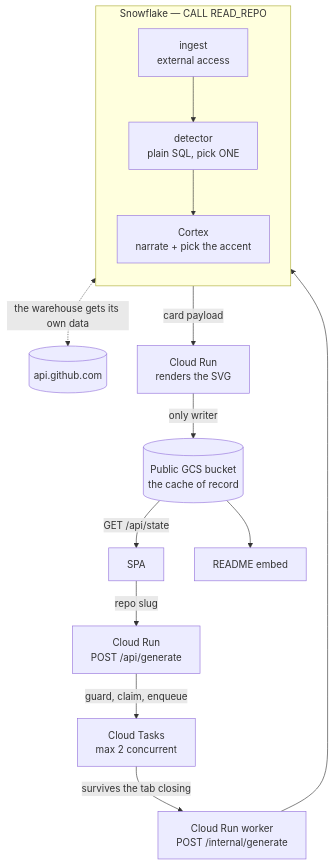
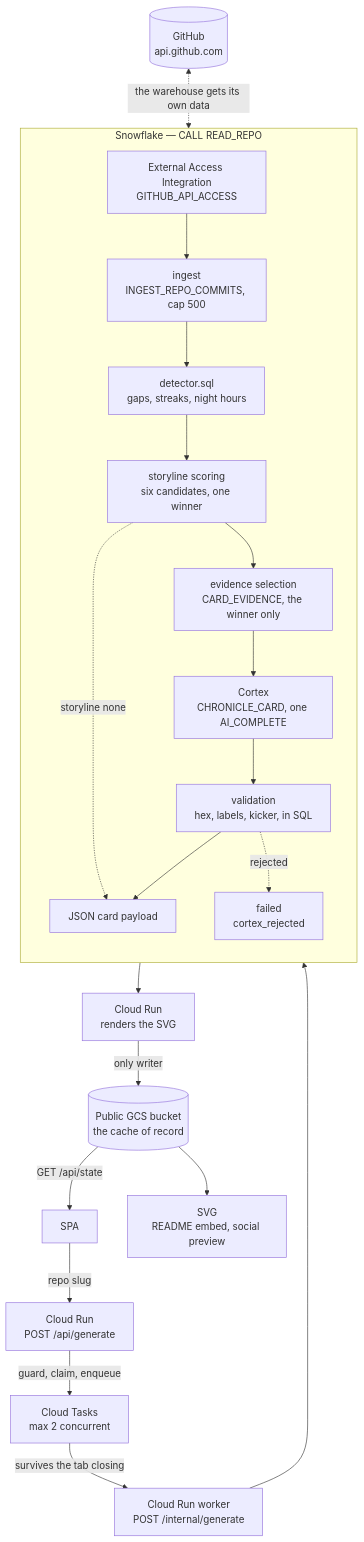
One commit to anchildress1/commit-chronicles changed the first of 3 diagrams in README.md. Above: the diagram before and after it, drawn with Mermaid. The commit also changed other lines of this file, not shown here.

Commit message:
docs(readme): show the whole warehouse pipeline in the architecture diagram
Three boxes hid the part that wins the prize. The chain GitHub -> external
access integration -> ingest -> detector -> scoring -> evidence selection ->
Cortex -> validation -> JSON is now explicit, including the two branches that
skip or reject the model: a 'none' storyline goes straight to the payload
without a Cortex call, and a card whose output fails SQL validation is never
written.

````diff
--- a/README.md
+++ b/README.md
@@ -99,33 +99,42 @@
 ```mermaid
 flowchart TD
     accTitle: Commit Chronicles architecture
-    accDescr: The SPA posts to Cloud Run, which enqueues a Cloud Tasks job. The worker calls one Snowflake procedure that ingests from GitHub, detects a storyline in SQL, and narrates it with Cortex. Cloud Run renders the SVG into a public GCS bucket, which serves the card directly.
+    accDescr: The SPA posts to Cloud Run, which claims quota and enqueues a Cloud Tasks job. The worker calls one Snowflake procedure. Inside the warehouse, a Python stored procedure reaches api.github.com through an external access integration to ingest commits; plain SQL views score six storylines and pick one winner; only that winner's evidence is selected and passed to Cortex, whose output is validated in SQL before a JSON card payload is returned. Cloud Run renders that payload to SVG and writes it to a public GCS bucket, which serves the card to READMEs.
+
+    GH[("GitHub<br/>api.github.com")]
 
     SPA["SPA"]
     API["Cloud Run<br/>POST /api/generate"]
     Q["Cloud Tasks<br/>max 2 concurrent"]
     W["Cloud Run worker<br/>POST /internal/generate"]
 
     subgraph SF["Snowflake — CALL READ_REPO"]
         direction TB
-        ING["ingest<br/>external access"]
-        DET["detector<br/>plain SQL, pick ONE"]
-        CTX["Cortex<br/>narrate + pick the accent"]
-        ING --> DET --> CTX
+        EAI["External Access Integration<br/>GITHUB_API_ACCESS"]
+        ING["ingest<br/>INGEST_REPO_COMMITS, cap 500"]
+        DET["detector.sql<br/>gaps, streaks, night hours"]
+        SCORE["storyline scoring<br/>six candidates, one winner"]
+        EV["evidence selection<br/>CARD_EVIDENCE, the winner only"]
+        CTX["Cortex<br/>CHRONICLE_CARD, one AI_COMPLETE"]
+        VAL["validation<br/>hex, labels, kicker, in SQL"]
+        JSON["JSON card payload"]
+
+        EAI --> ING --> DET --> SCORE --> EV --> CTX --> VAL --> JSON
+        SCORE -.->|"storyline none"| JSON
+        VAL -.->|"rejected"| FAIL["failed<br/>cortex_rejected"]
     end
 
-    GH[("api.github.com")]
     REN["Cloud Run<br/>renders the SVG"]
     GCS[("Public GCS bucket<br/>the cache of record")]
-    OUT["README embed"]
+    OUT["SVG<br/>README embed, social preview"]
 
     SPA -->|"repo slug"| API
     API -->|"guard, claim, enqueue"| Q
     Q -->|"survives the tab closing"| W
     W --> SF
-    ING <-.->|"the warehouse gets its own data"| GH
-    SF -->|"card payload"| REN
+    GH <-.->|"the warehouse gets its own data"| EAI
+    JSON --> REN
     REN -->|"only writer"| GCS
     GCS --> OUT
     GCS -->|"GET /api/state"| SPA
 ```
````
